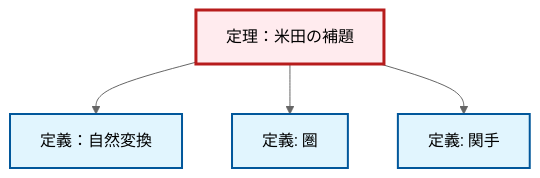
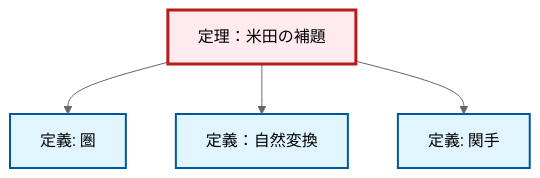
Before and after one commit to RK0429/ModernMath: the diagram in content/ja/category-theory/thm-yoneda.qmd, drawn with Mermaid (neutral theme). The commit also changed 672 other files, not shown here.

````diff
--- a/content/ja/category-theory/thm-yoneda.qmd
+++ b/content/ja/category-theory/thm-yoneda.qmd
@@ -96,20 +96,20 @@
 ```{mermaid}
-%%| fig-cap: "Local dependency graph"
+%%| fig-cap: "ローカル依存関係グラフ"
 graph TD
     classDef definition fill:#e1f5fe,stroke:#01579b,stroke-width:2px
     classDef theorem fill:#f3e5f5,stroke:#4a148c,stroke-width:2px
     classDef axiom fill:#fff3e0,stroke:#e65100,stroke-width:2px
     classDef example fill:#e8f5e9,stroke:#1b5e20,stroke-width:2px
     classDef current fill:#ffebee,stroke:#b71c1c,stroke-width:3px
+    def-functor["定義: 関手"]:::definition
+    def-natural-transformation["定義：自然変換"]:::definition
+    def-category["定義: 圏"]:::definition
     thm-yoneda["定理：米田の補題"]:::theorem
-    def-category["定義: 圏"]:::definition
-    def-natural-transformation["定義：自然変換"]:::definition
-    def-functor["定義: 関手"]:::definition
+    thm-yoneda --> def-category
     thm-yoneda --> def-natural-transformation
-    thm-yoneda --> def-category
     thm-yoneda --> def-functor
     class thm-yoneda current
+    click def-functor "def-functor.html" "関手の定義へ"
+    click def-natural-transformation "def-natural-transformation.html" "定義：自然変換へ"
     click def-category "def-category.html" "圏の定義へ"
-    click def-natural-transformation "def-natural-transformation.html" "定義：自然変換へ"
-    click def-functor "def-functor.html" "関手の定義へ"
 ```
````
